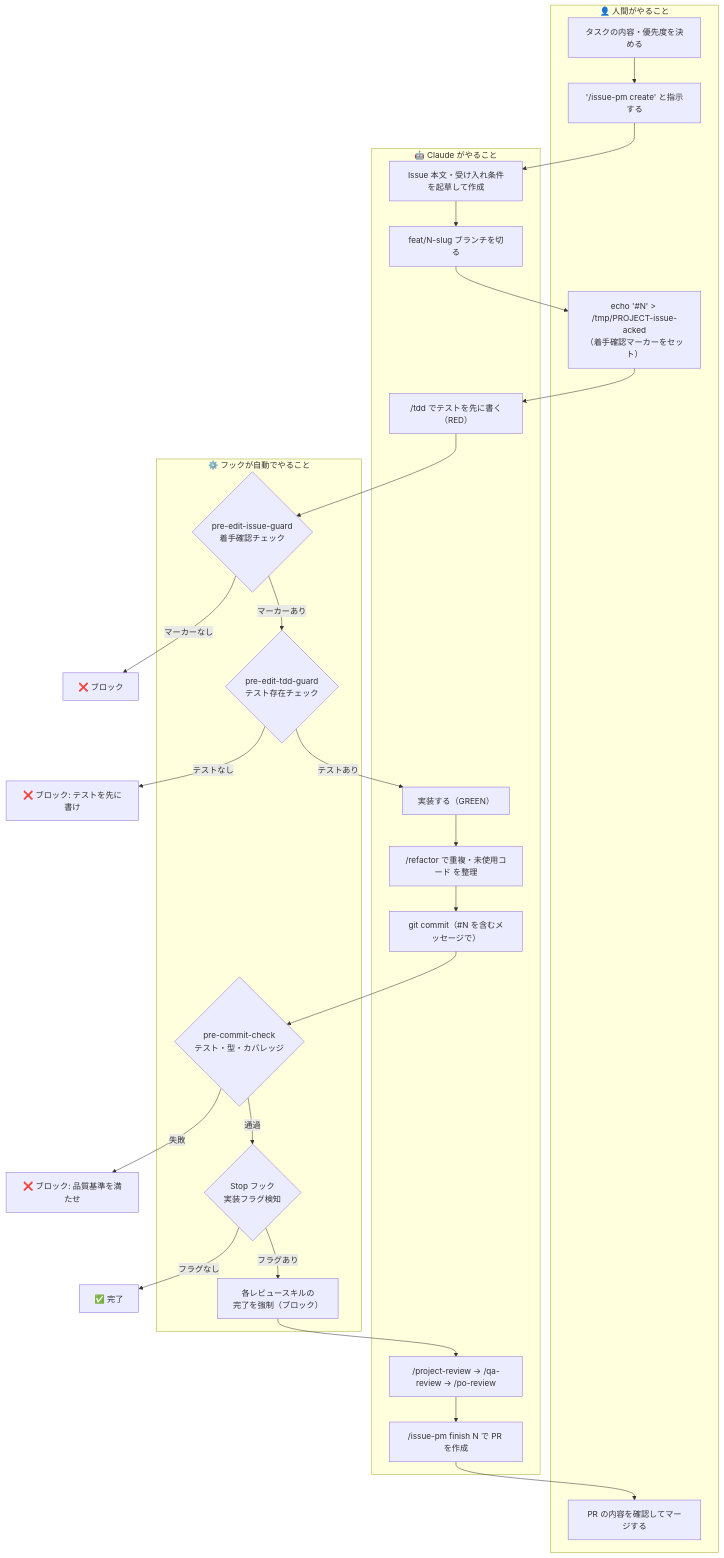
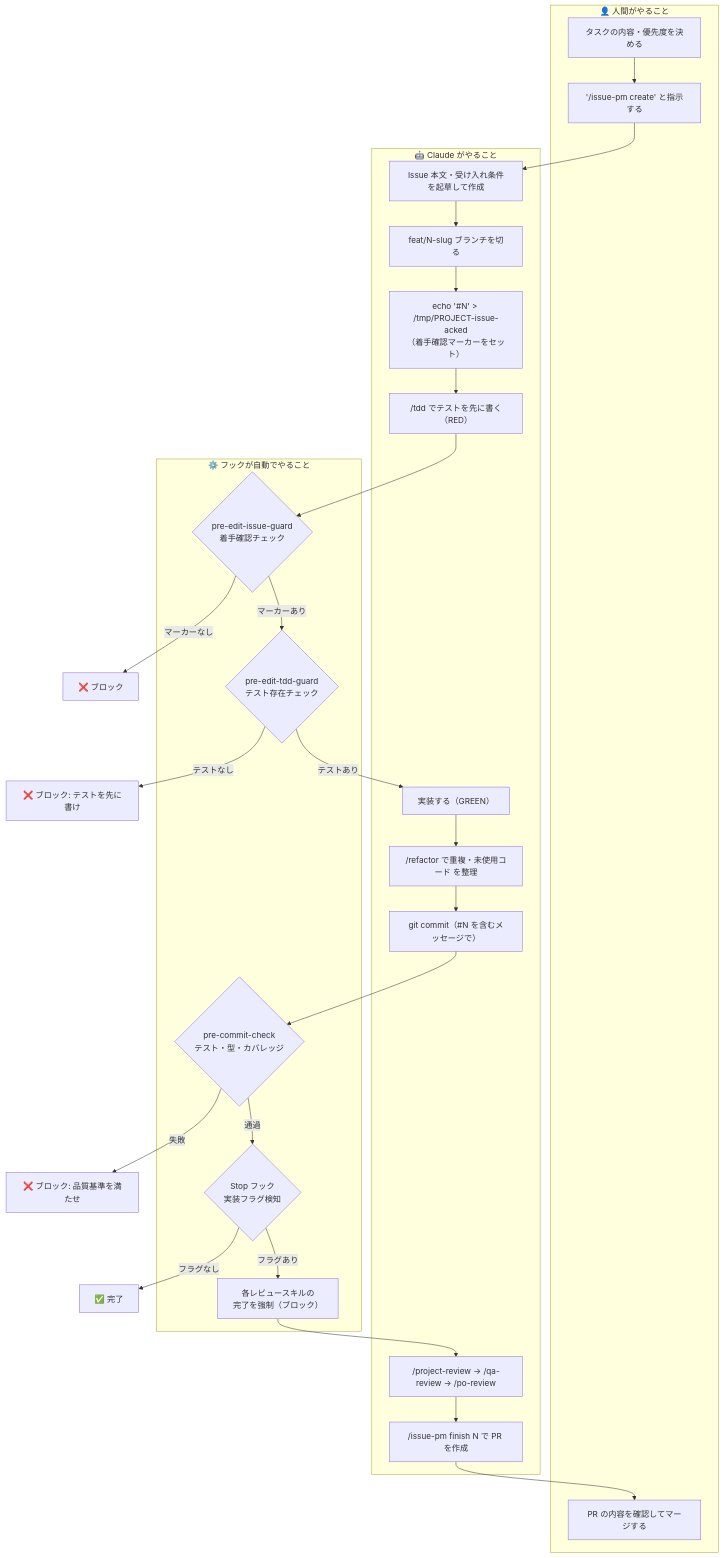
The first of 3 diagrams in README.md (m-kuwata/claude-project-template), drawn with Mermaid before and after one commit. The commit also changed other lines of this file, not shown here.

First line of the commit message:
fix: README.md の Mermaid エラー修正と着手確認マーカーの担当分類修正

````diff
--- a/README.md
+++ b/README.md
@@ -26,49 +26,49 @@
 ```mermaid
 flowchart TD
     subgraph HUMAN["👤 人間がやること"]
         H1["タスクの内容・優先度を決める"]
         H2["'/issue-pm create' と指示する"]
-        H5["echo '#N' > /tmp/PROJECT-issue-acked\n（着手確認マーカーをセット）"]
         H8["PR の内容を確認してマージする"]
     end
 
     subgraph CLAUDE["🤖 Claude がやること"]
         C1["Issue 本文・受け入れ条件を起草して作成"]
         C2["feat/N-slug ブランチを切る"]
+        H5["echo '#N' > /tmp/PROJECT-issue-acked\n（着手確認マーカーをセット）"]
         C3["/tdd でテストを先に書く（RED）"]
         C4["実装する（GREEN）"]
         C5["/refactor で重複・未使用コード を整理"]
         C6["git commit（#N を含むメッセージで）"]
         C7["/project-review → /qa-review → /po-review"]
         C8["/issue-pm finish N で PR を作成"]
     end
 
     subgraph HOOKS["⚙️ フックが自動でやること"]
         F1{"pre-edit-issue-guard\n着手確認チェック"}
         F2{"pre-edit-tdd-guard\nテスト存在チェック"}
         F3{"pre-commit-check\nテスト・型・カバレッジ"}
         F4{"Stop フック\n実装フラグ検知"}
         F5["各レビュースキルの\n完了を強制（ブロック）"]
     end
 
     H1 --> H2
     H2 --> C1
     C1 --> C2
     C2 --> H5
     H5 --> C3
     C3 --> F1
     F1 -- マーカーなし --> ERR1["❌ ブロック"]
     F1 -- マーカーあり --> F2
     F2 -- テストなし --> ERR2["❌ ブロック: テストを先に書け"]
     F2 -- テストあり --> C4
     C4 --> C5
     C5 --> C6
     C6 --> F3
     F3 -- 失敗 --> ERR3["❌ ブロック: 品質基準を満たせ"]
     F3 -- 通過 --> F4
     F4 -- フラグなし --> DONE["✅ 完了"]
     F4 -- フラグあり --> F5
     F5 --> C7
     C7 --> C8
     C8 --> H8
 ```
````
